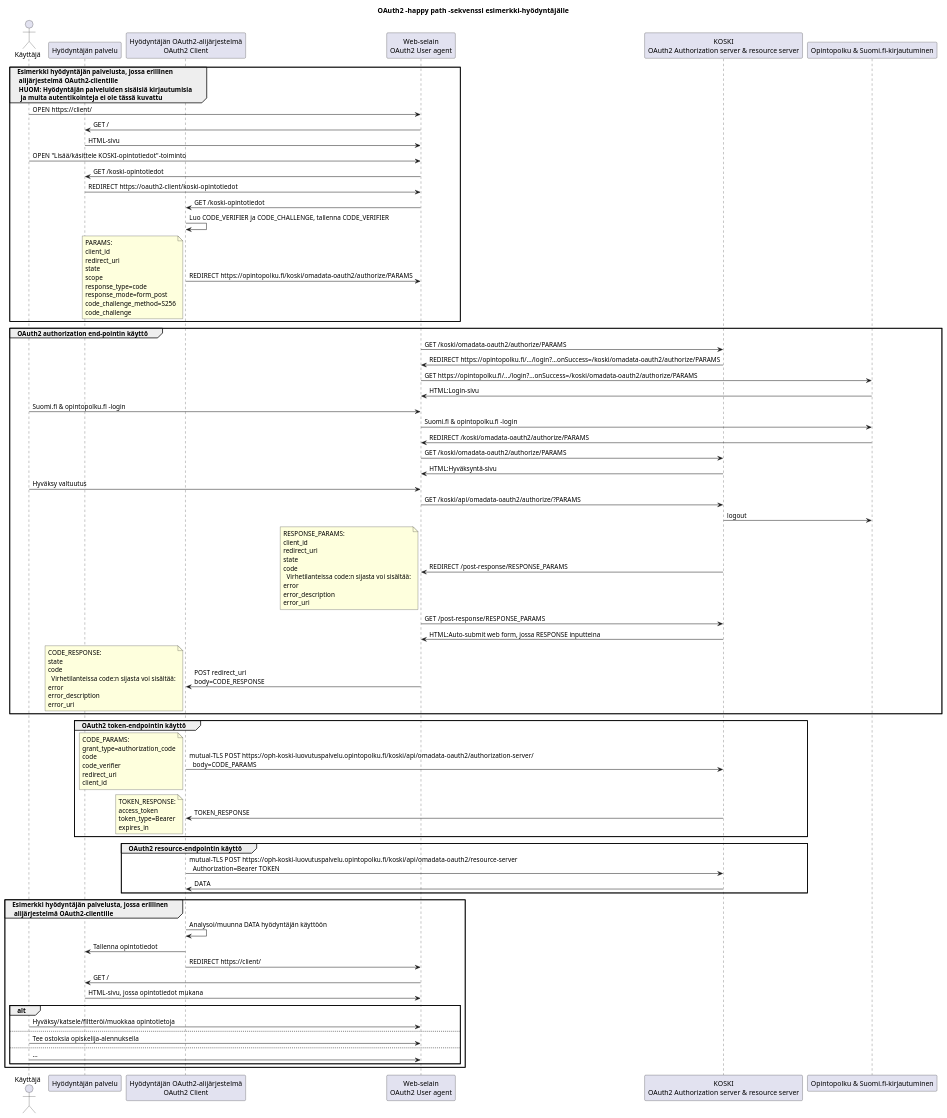
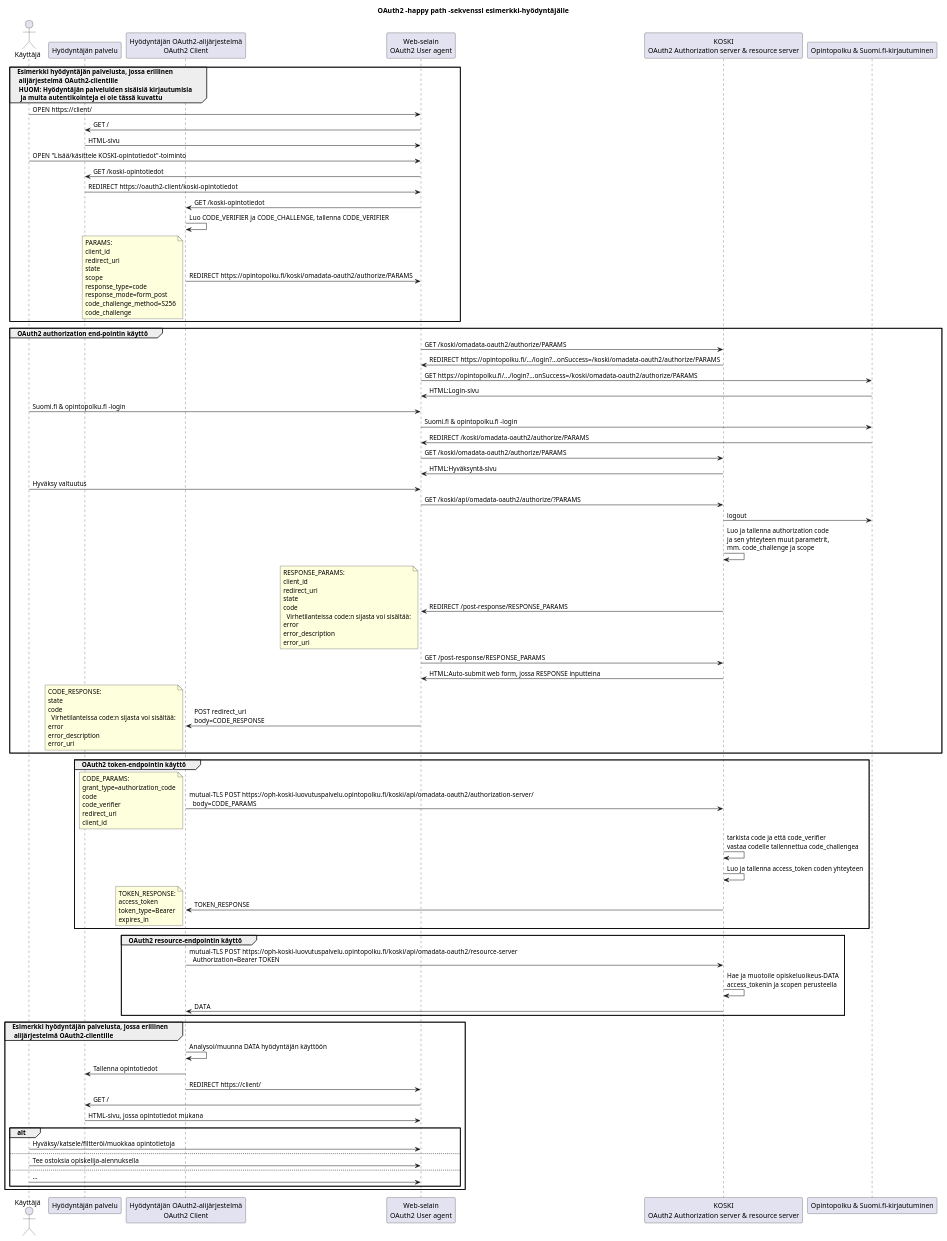
The diagram in documentation/kuvat/oauth2sekvenssi_external.puml (Opetushallitus/koski), drawn with PlantUML before and after one commit. The commit also changed 2 other files, not shown here.

```diff
--- a/documentation/kuvat/oauth2sekvenssi_external.puml
+++ b/documentation/kuvat/oauth2sekvenssi_external.puml
@@ -1,168 +1,176 @@
 @startuml
 title OAuth2 -happy path -sekvenssi esimerkki-hyödyntäjälle
 
 actor Käyttäjä as user
 
 participant client_service [
   Hyödyntäjän palvelu
 ]
 
 participant client [
   Hyödyntäjän OAuth2-alijärjestelmä
   OAuth2 Client
 ]
 
 participant user_agent [
   Web-selain
   OAuth2 User agent
 ]
 
 ' /koski/omadata-oauth2/authorize:
 participant Koski [
   KOSKI
   OAuth2 Authorization server & resource server
 ]
 
 ' https://untuvaopintopolku.fi/cas-oppija/login/fi/?service=...
 participant CAS [
   Opintopolku & Suomi.fi-kirjautuminen
 ]
 
 group Esimerkki hyödyntäjän palvelusta, jossa erillinen\n alijärjestelmä OAuth2-clientille\n HUOM: Hyödyntäjän palveluiden sisäisiä kirjautumisia\n  ja muita autentikointeja ei ole tässä kuvattu
 
 user -> user_agent : OPEN https://client/
 user_agent -> client_service : GET /
 client_service -> user_agent : HTML-sivu
 user -> user_agent : OPEN "Lisää/käsittele KOSKI-opintotiedot"-toiminto
 user_agent -> client_service : GET /koski-opintotiedot
 client_service -> user_agent : REDIRECT https://oauth2-client/koski-opintotiedot
 user_agent -> client : GET /koski-opintotiedot
 client -> client : Luo CODE_VERIFIER ja CODE_CHALLENGE, tallenna CODE_VERIFIER
 client -> user_agent : REDIRECT https://opintopolku.fi/koski/omadata-oauth2/authorize/PARAMS
 note left
 PARAMS:
 client_id
 redirect_uri
 state
 scope
 response_type=code
 response_mode=form_post
 code_challenge_method=S256
 code_challenge
 end note
 end
 
 group OAuth2 authorization end-pointin käyttö
 
 user_agent -> Koski : GET /koski/omadata-oauth2/authorize/PARAMS
 
 Koski -> user_agent : REDIRECT https://opintopolku.fi/.../login?...onSuccess=/koski/omadata-oauth2/authorize/PARAMS
 
 user_agent -> CAS : GET https://opintopolku.fi/.../login?...onSuccess=/koski/omadata-oauth2/authorize/PARAMS
 
 CAS -> user_agent : HTML:Login-sivu
 
 user -> user_agent : Suomi.fi & opintopolku.fi -login
 
 user_agent -> CAS : Suomi.fi & opintopolku.fi -login
 
 CAS -> user_agent : REDIRECT /koski/omadata-oauth2/authorize/PARAMS
 
 user_agent -> Koski : GET /koski/omadata-oauth2/authorize/PARAMS
 
 Koski -> user_agent : HTML:Hyväksyntä-sivu
 
 user -> user_agent : Hyväksy valtuutus
 
 user_agent -> Koski : GET /koski/api/omadata-oauth2/authorize/?PARAMS
 
 Koski -> CAS : logout
 
+Koski -> Koski : Luo ja tallenna authorization code\nja sen yhteyteen muut parametrit,\nmm. code_challenge ja scope
+
 Koski -> user_agent : REDIRECT /post-response/RESPONSE_PARAMS
 note left
 RESPONSE_PARAMS:
 client_id
 redirect_uri
 state
 code
   Virhetilanteissa code:n sijasta voi sisältää:
 error
 error_description
 error_uri
 end note
 
 user_agent -> Koski : GET /post-response/RESPONSE_PARAMS
 
 Koski -> user_agent : HTML:Auto-submit web form, jossa RESPONSE inputteina
 
 user_agent -> client : POST redirect_uri\nbody=CODE_RESPONSE
 note left
 CODE_RESPONSE:
 state
 code
   Virhetilanteissa code:n sijasta voi sisältää:
 error
 error_description
 error_uri
 end note
 
 end
 
 group OAuth2 token-endpointin käyttö
 
 client -> Koski : mutual-TLS POST https://oph-koski-luovutuspalvelu.opintopolku.fi/koski/api/omadata-oauth2/authorization-server/\n  body=CODE_PARAMS
 note left
 CODE_PARAMS:
 grant_type=authorization_code
 code
 code_verifier
 redirect_uri
 client_id
 end note
 
+Koski -> Koski : tarkista code ja että code_verifier\nvastaa codelle tallennettua code_challengea
+
+Koski -> Koski : Luo ja tallenna access_token coden yhteyteen
+
 Koski -> client : TOKEN_RESPONSE
 note left
 TOKEN_RESPONSE:
 access_token
 token_type=Bearer
 expires_in
 end note
 end
 
 group OAuth2 resource-endpointin käyttö
 
 client -> Koski : mutual-TLS POST https://oph-koski-luovutuspalvelu.opintopolku.fi/koski/api/omadata-oauth2/resource-server\n  Authorization=Bearer TOKEN
+
+Koski -> Koski : Hae ja muotoile opiskeluoikeus-DATA\naccess_tokenin ja scopen perusteella
 
 Koski -> client : DATA
 
 end
 
 group Esimerkki hyödyntäjän palvelusta, jossa erillinen\n alijärjestelmä OAuth2-clientille
 
 client -> client : Analysoi/muunna DATA hyödyntäjän käyttöön
 
 client -> client_service : Tallenna opintotiedot
 
 client -> user_agent : REDIRECT https://client/
 
 user_agent -> client_service : GET /
 
 client_service -> user_agent : HTML-sivu, jossa opintotiedot mukana
 
 alt
 
 user -> user_agent : Hyväksy/katsele/filtteröi/muokkaa opintotietoja
 
 else
 
 user -> user_agent : Tee ostoksia opiskelija-alennuksella
 
 else
 
 user -> user_agent : ...
 
 end
 
 end
 
 @enduml
```
